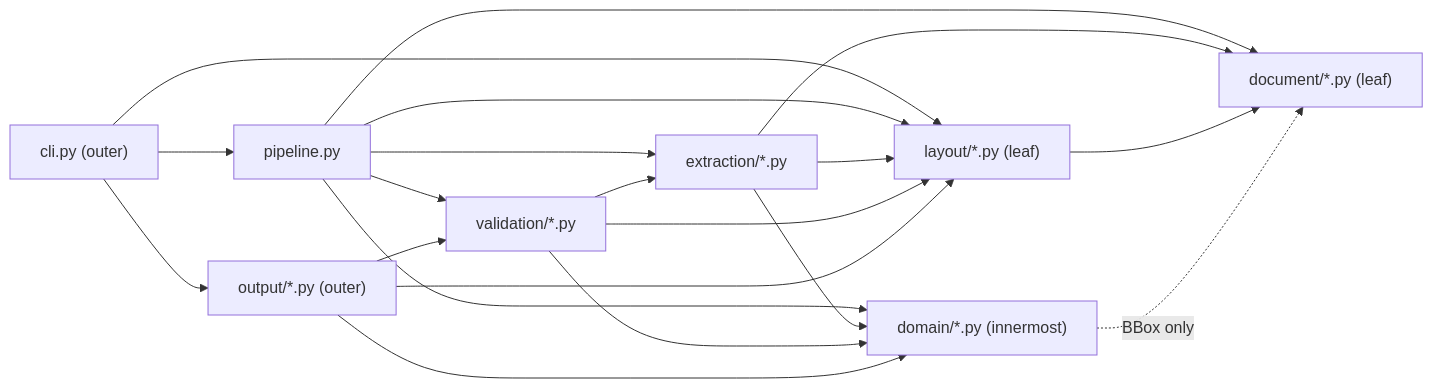
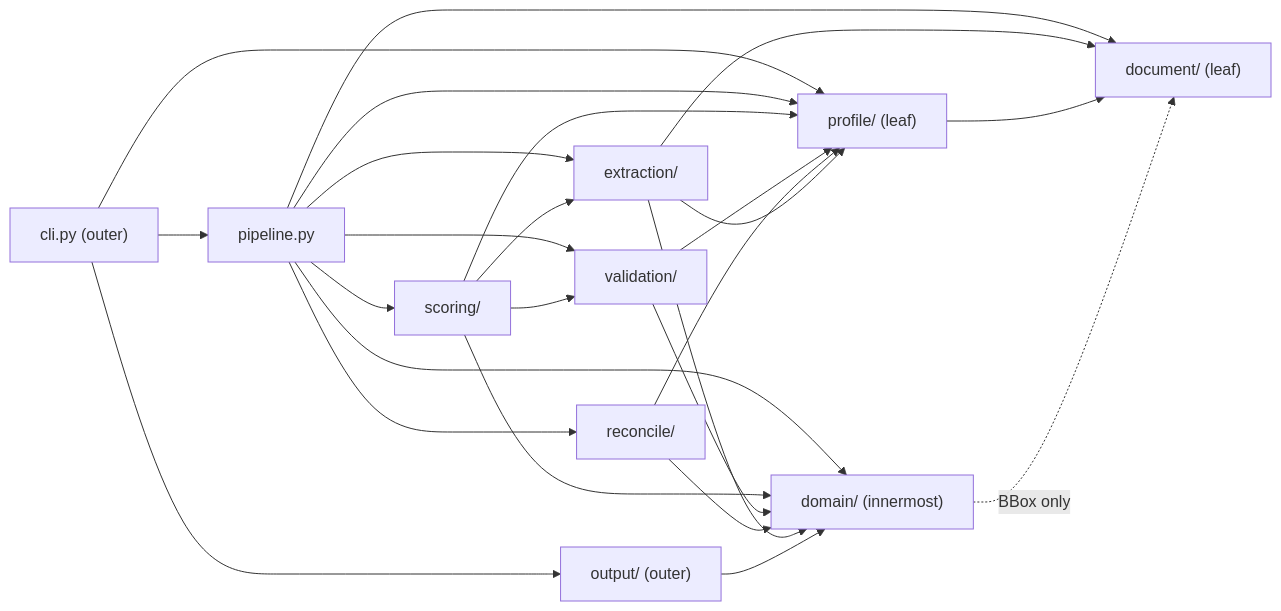
The third of 3 diagrams in docs/ARCHITECTURE.md (lorenzo265/Invoice_Extract), drawn with Mermaid before and after one commit. The commit also changed other lines of this file and 31 other files, not shown here.

````diff
--- a/docs/ARCHITECTURE.md
+++ b/docs/ARCHITECTURE.md
@@ -219,10 +281,12 @@
 ```mermaid
 flowchart LR
-    CLI["cli.py (outer)"] --> PIPE["pipeline.py"] & OUT["output/*.py (outer)"] & LAY["layout/*.py (leaf)"]
-    PIPE --> EXT["extraction/*.py"] & VAL["validation/*.py"] & DOC["document/*.py (leaf)"] & LAY & DOM["domain/*.py (innermost)"]
-    EXT --> DOC & LAY & DOM
-    VAL --> DOM & LAY & EXT
-    OUT --> DOM & LAY & VAL
-    LAY --> DOC
+    CLI["cli.py (outer)"] --> PIPE["pipeline.py"] & OUT["output/ (outer)"] & PROF["profile/ (leaf)"]
+    PIPE --> SCORE["scoring/"] & VAL["validation/"] & REC["reconcile/"] & EXT["extraction/"] & DOC["document/ (leaf)"] & PROF & DOM["domain/ (innermost)"]
+    SCORE --> EXT & VAL & DOM & PROF
+    VAL --> DOM & PROF
+    REC --> DOM & PROF
+    EXT --> DOC & PROF & DOM
+    OUT --> DOM
+    PROF --> DOC
     DOM -.->|"BBox only"| DOC
 ```
````
